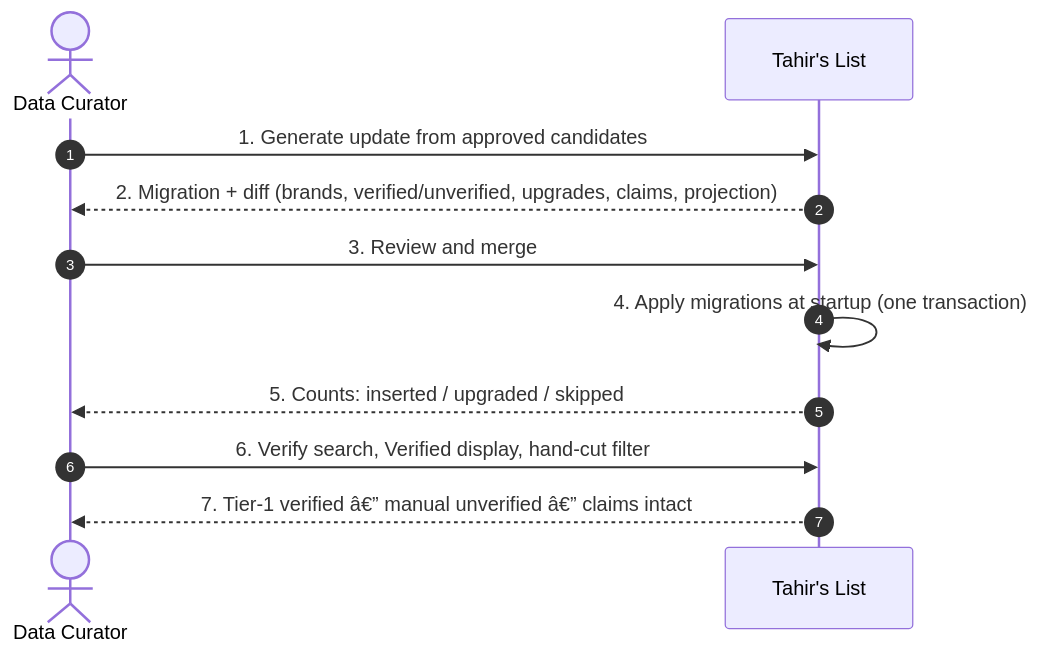
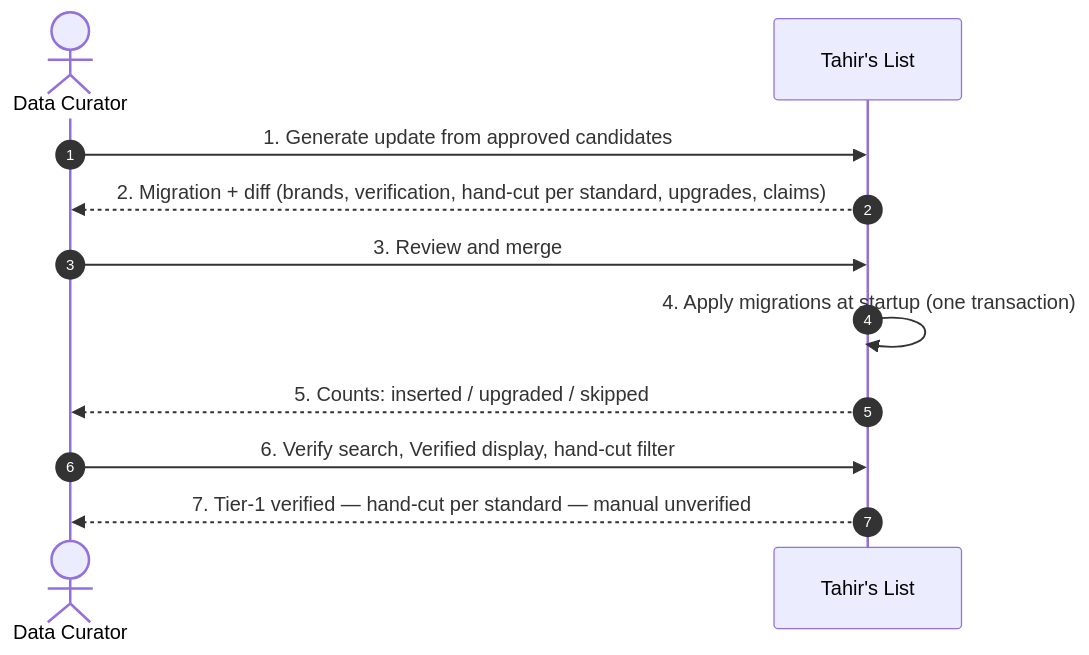
The first of 7 diagrams in docs/features/SC-211/04-blackbox/UC-03-load-reviewed-batch.md (Losers-Lab/tahirs-list), drawn with Mermaid before and after one commit. The commit also changed other lines of this file and 12 other files, not shown here.

Commit message:
[SC-211] Decouple hand-cut from tier

````diff
--- a/docs/features/SC-211/04-blackbox/UC-03-load-reviewed-batch.md
+++ b/docs/features/SC-211/04-blackbox/UC-03-load-reviewed-batch.md
@@ -6,13 +6,13 @@
 ```mermaid
 sequenceDiagram
   autonumber
   actor DC as Data Curator
   participant TL as Tahir's List
   DC->>TL: 1. Generate update from approved candidates
-  TL-->>DC: 2. Migration + diff (brands, verified/unverified, upgrades, claims, projection)
+  TL-->>DC: 2. Migration + diff (brands, verification, hand-cut per standard, upgrades, claims)
   DC->>TL: 3. Review and merge
   TL->>TL: 4. Apply migrations at startup (one transaction)
   TL-->>DC: 5. Counts: inserted / upgraded / skipped
   DC->>TL: 6. Verify search, Verified display, hand-cut filter
-  TL-->>DC: 7. Tier-1 verified â€” manual unverified â€” claims intact
+  TL-->>DC: 7. Tier-1 verified — hand-cut per standard — manual unverified
 ```
````
